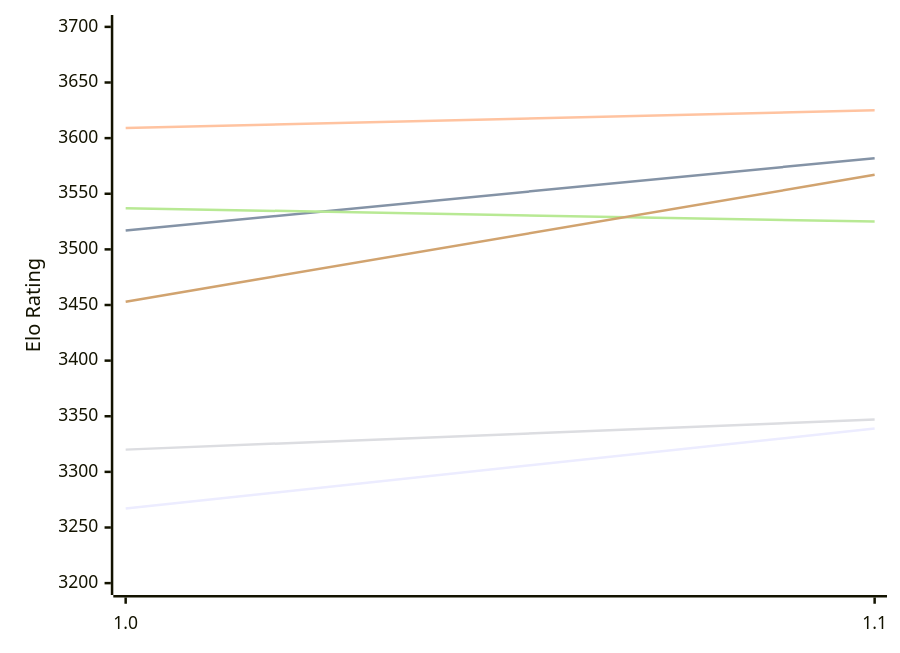
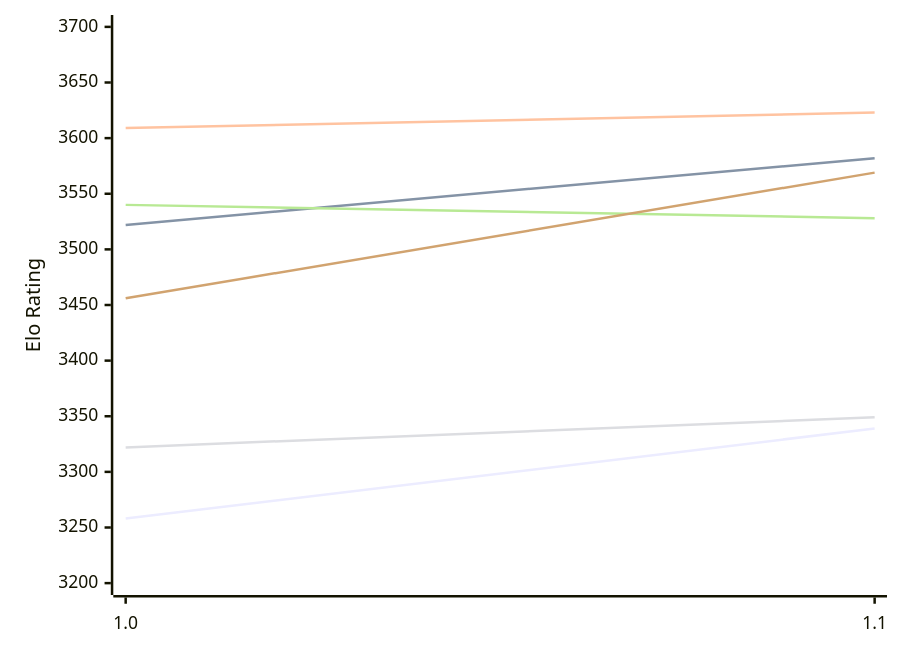
Before and after one commit to computer-chess-index/cci: the first of 2 diagrams in engines/Horsie.md, drawn with Mermaid. The commit also changed other lines of this file, not shown here.

Commit message:
Update CCI Ratings (ELO VLTC) - 2026-11-24

````diff
--- a/engines/Horsie.md
+++ b/engines/Horsie.md
@@ -50,12 +50,12 @@
 ```mermaid
 %%{init: {"theme":"base","themeVariables":{"seriesColors:['#a3a3a3','#222221','#faa371']}}}%%
 xychart-beta
   x-axis ["1.0", "1.1"]
   y-axis "Elo Rating" 3200 --> 3700
-  line "E1: STC (8.0+0.08s)" [3267, 3339]
-  line "E1: LTC (60.0+0.60s)" [3517, 3582]
-  line "E1: VLTC (2m24s+1.12s)" [3609, 3625]
-  line "P1: STC (8.0+0.08s)" [3320, 3347]
-  line "P1: LTC (60.0+0.60s)" [3537, 3525]
-  line "P1: VLTC (2m24s+1.12s)" [3453, 3567]
+  line "E1: STC (8.0+0.08s)" [3258, 3339]
+  line "E1: LTC (60.0+0.60s)" [3522, 3582]
+  line "E1: VLTC (2m24s+1.12s)" [3609, 3623]
+  line "P1: STC (8.0+0.08s)" [3322, 3349]
+  line "P1: LTC (60.0+0.60s)" [3540, 3528]
+  line "P1: VLTC (2m24s+1.12s)" [3456, 3569]
 ```
````
